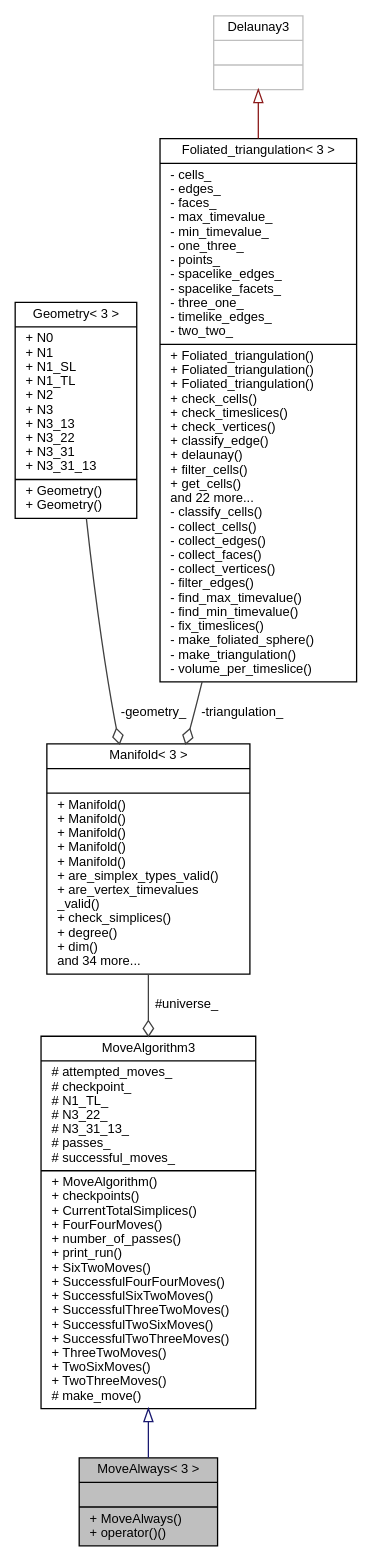
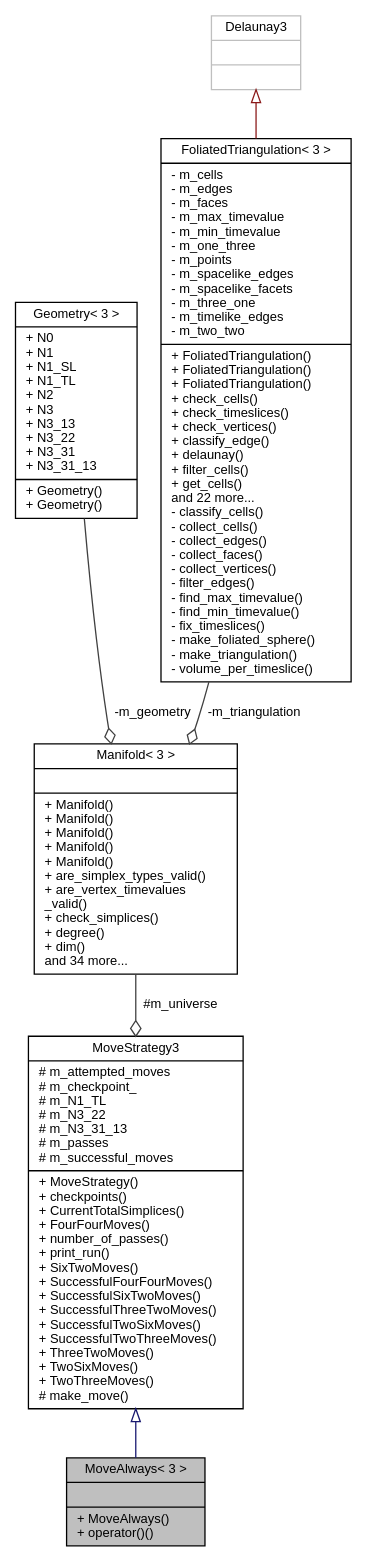
One commit to acgetchell/CDT-plusplus changed the diagram in class_move_always_3_013_01_4__coll__graph.dot. Above: the diagram before and after it, drawn with Graphviz. The commit also changed 371 other files, not shown here.

```diff
--- a/class_move_always_3_013_01_4__coll__graph.dot
+++ b/class_move_always_3_013_01_4__coll__graph.dot
@@ -1,17 +1,17 @@
 digraph "MoveAlways&lt; 3 &gt;"
 {
  // LATEX_PDF_SIZE
   edge [fontname="Helvetica",fontsize="10",labelfontname="Helvetica",labelfontsize="10"];
   node [fontname="Helvetica",fontsize="10",shape=record];
   Node1 [label="{MoveAlways\< 3 \>\n||+ MoveAlways()\l+ operator()()\l}",height=0.2,width=0.4,color="black", fillcolor="grey75", style="filled", fontcolor="black",tooltip=" "];
   Node2 -> Node1 [dir="back",color="midnightblue",fontsize="10",style="solid",arrowtail="onormal",fontname="Helvetica"];
-  Node2 [label="{MoveAlgorithm3\n|# attempted_moves_\l# checkpoint_\l# N1_TL_\l# N3_22_\l# N3_31_13_\l# passes_\l# successful_moves_\l|+ MoveAlgorithm()\l+ checkpoints()\l+ CurrentTotalSimplices()\l+ FourFourMoves()\l+ number_of_passes()\l+ print_run()\l+ SixTwoMoves()\l+ SuccessfulFourFourMoves()\l+ SuccessfulSixTwoMoves()\l+ SuccessfulThreeTwoMoves()\l+ SuccessfulTwoSixMoves()\l+ SuccessfulTwoThreeMoves()\l+ ThreeTwoMoves()\l+ TwoSixMoves()\l+ TwoThreeMoves()\l# make_move()\l}",height=0.2,width=0.4,color="black", fillcolor="white", style="filled",URL="$class_move_algorithm_3_013_01_4.html",tooltip=" "];
-  Node3 -> Node2 [color="grey25",fontsize="10",style="solid",label=" #universe_" ,arrowhead="odiamond",fontname="Helvetica"];
+  Node2 [label="{MoveStrategy3\n|# m_attempted_moves\l# m_checkpoint_\l# m_N1_TL\l# m_N3_22\l# m_N3_31_13\l# m_passes\l# m_successful_moves\l|+ MoveStrategy()\l+ checkpoints()\l+ CurrentTotalSimplices()\l+ FourFourMoves()\l+ number_of_passes()\l+ print_run()\l+ SixTwoMoves()\l+ SuccessfulFourFourMoves()\l+ SuccessfulSixTwoMoves()\l+ SuccessfulThreeTwoMoves()\l+ SuccessfulTwoSixMoves()\l+ SuccessfulTwoThreeMoves()\l+ ThreeTwoMoves()\l+ TwoSixMoves()\l+ TwoThreeMoves()\l# make_move()\l}",height=0.2,width=0.4,color="black", fillcolor="white", style="filled",URL="$class_move_strategy_3_013_01_4.html",tooltip=" "];
+  Node3 -> Node2 [color="grey25",fontsize="10",style="solid",label=" #m_universe" ,arrowhead="odiamond",fontname="Helvetica"];
   Node3 [label="{Manifold\< 3 \>\n||+ Manifold()\l+ Manifold()\l+ Manifold()\l+ Manifold()\l+ Manifold()\l+ are_simplex_types_valid()\l+ are_vertex_timevalues\l_valid()\l+ check_simplices()\l+ degree()\l+ dim()\land 34 more...\l}",height=0.2,width=0.4,color="black", fillcolor="white", style="filled",URL="$class_manifold_3_013_01_4.html",tooltip="3D Manifold"];
-  Node4 -> Node3 [color="grey25",fontsize="10",style="solid",label=" -geometry_" ,arrowhead="odiamond",fontname="Helvetica"];
+  Node4 -> Node3 [color="grey25",fontsize="10",style="solid",label=" -m_geometry" ,arrowhead="odiamond",fontname="Helvetica"];
   Node4 [label="{Geometry\< 3 \>\n|+ N0\l+ N1\l+ N1_SL\l+ N1_TL\l+ N2\l+ N3\l+ N3_13\l+ N3_22\l+ N3_31\l+ N3_31_13\l|+ Geometry()\l+ Geometry()\l}",height=0.2,width=0.4,color="black", fillcolor="white", style="filled",URL="$struct_geometry_3_013_01_4.html",tooltip="3D Geometry"];
-  Node5 -> Node3 [color="grey25",fontsize="10",style="solid",label=" -triangulation_" ,arrowhead="odiamond",fontname="Helvetica"];
-  Node5 [label="{Foliated_triangulation\< 3 \>\n|- cells_\l- edges_\l- faces_\l- max_timevalue_\l- min_timevalue_\l- one_three_\l- points_\l- spacelike_edges_\l- spacelike_facets_\l- three_one_\l- timelike_edges_\l- two_two_\l|+ Foliated_triangulation()\l+ Foliated_triangulation()\l+ Foliated_triangulation()\l+ check_cells()\l+ check_timeslices()\l+ check_vertices()\l+ classify_edge()\l+ delaunay()\l+ filter_cells()\l+ get_cells()\land 22 more...\l- classify_cells()\l- collect_cells()\l- collect_edges()\l- collect_faces()\l- collect_vertices()\l- filter_edges()\l- find_max_timevalue()\l- find_min_timevalue()\l- fix_timeslices()\l- make_foliated_sphere()\l- make_triangulation()\l- volume_per_timeslice()\l}",height=0.2,width=0.4,color="black", fillcolor="white", style="filled",URL="$class_foliated__triangulation_3_013_01_4.html",tooltip="3D Triangulation"];
+  Node5 -> Node3 [color="grey25",fontsize="10",style="solid",label=" -m_triangulation" ,arrowhead="odiamond",fontname="Helvetica"];
+  Node5 [label="{FoliatedTriangulation\< 3 \>\n|- m_cells\l- m_edges\l- m_faces\l- m_max_timevalue\l- m_min_timevalue\l- m_one_three\l- m_points\l- m_spacelike_edges\l- m_spacelike_facets\l- m_three_one\l- m_timelike_edges\l- m_two_two\l|+ FoliatedTriangulation()\l+ FoliatedTriangulation()\l+ FoliatedTriangulation()\l+ check_cells()\l+ check_timeslices()\l+ check_vertices()\l+ classify_edge()\l+ delaunay()\l+ filter_cells()\l+ get_cells()\land 22 more...\l- classify_cells()\l- collect_cells()\l- collect_edges()\l- collect_faces()\l- collect_vertices()\l- filter_edges()\l- find_max_timevalue()\l- find_min_timevalue()\l- fix_timeslices()\l- make_foliated_sphere()\l- make_triangulation()\l- volume_per_timeslice()\l}",height=0.2,width=0.4,color="black", fillcolor="white", style="filled",URL="$class_foliated_triangulation_3_013_01_4.html",tooltip="3D Triangulation"];
   Node6 -> Node5 [dir="back",color="firebrick4",fontsize="10",style="solid",arrowtail="onormal",fontname="Helvetica"];
   Node6 [label="{Delaunay3\n||}",height=0.2,width=0.4,color="grey75", fillcolor="white", style="filled",tooltip=" "];
 }
```
